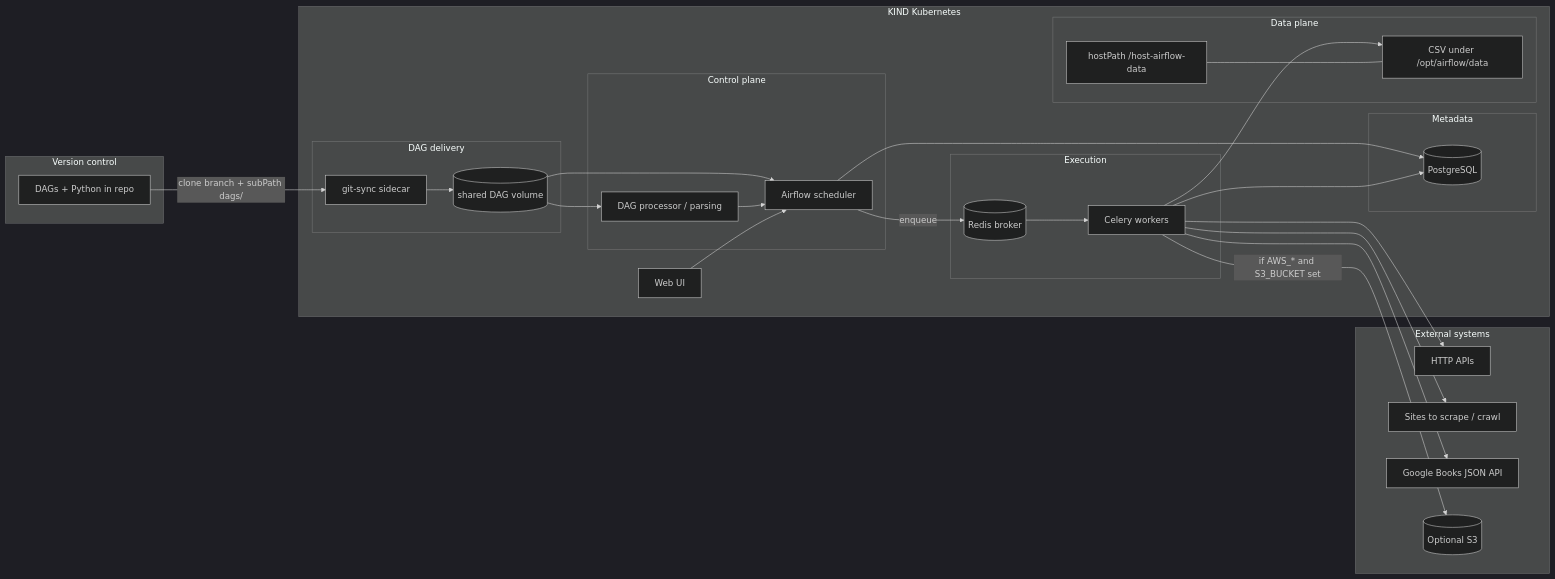
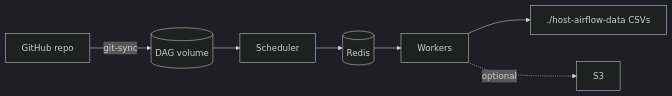
The diagram in README.md (rajinikanthvadla-ai/airflow-labs-data-collection-quickstart), drawn with Mermaid (dark theme) before and after one commit. The commit also changed other lines of this file, not shown here.

Commit message:
README: clarify git-sync is Helm-only; neat step table and how it works.

````diff
--- a/README.md
+++ b/README.md
@@ -3,50 +7,9 @@
 ```mermaid
 flowchart LR
-  subgraph vcs["Version control"]
-    R[DAGs + Python in repo]
-  end
-  subgraph cluster["KIND Kubernetes"]
-    subgraph git_delivery["DAG delivery"]
-      G[git-sync sidecar]
-      V[(shared DAG volume)]
-    end
-    subgraph control["Control plane"]
-      S[Airflow scheduler]
-      P[DAG processor / parsing]
-    end
-    subgraph exec["Execution"]
-      Q[(Redis broker)]
-      W[Celery workers]
-    end
-    subgraph state["Metadata"]
-      PG[(PostgreSQL)]
-    end
-    subgraph io["Data plane"]
-      H[hostPath /host-airflow-data]
-      C[CSV under /opt/airflow/data]
-    end
-    U[Web UI]
-  end
-  subgraph external["External systems"]
-    A[HTTP APIs]
-    W1[Sites to scrape / crawl]
-    B[Google Books JSON API]
-    S3[(Optional S3)]
-  end
-  R -->|clone branch + subPath dags/| G
-  G --> V
-  V --> P
-  V --> S
-  P --> S
-  S -->|enqueue| Q
-  Q --> W
-  S --> PG
-  W --> PG
-  W --> A
-  W --> W1
-  W --> B
-  W --> C
-  H --- C
-  W -->|if AWS_* and S3_BUCKET set| S3
-  U --> S
+  R[GitHub repo] -->|git-sync| V[(DAG volume)]
+  V --> S[Scheduler]
+  S --> Q[(Redis)]
+  Q --> W[Workers]
+  W --> H[./host-airflow-data CSVs]
+  W -.->|optional| S3[S3]
 ```
````
